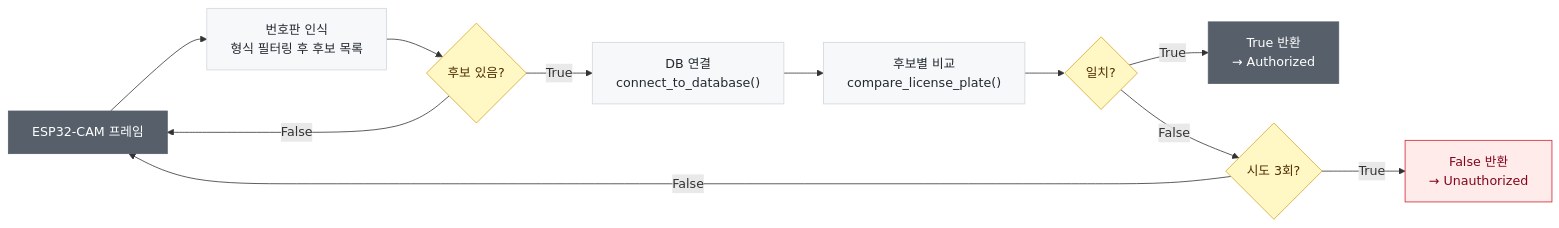
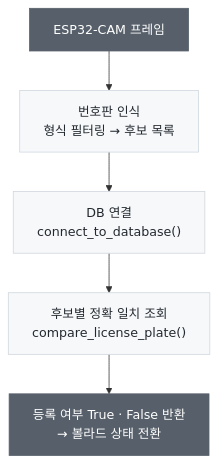
Before and after one commit to YOOBIN-AN/smart-bollard: the second of 4 diagrams in license-plate-database/README.md, drawn with Mermaid. The commit also changed other lines of this file and 14 other files, not shown here.

````diff
--- a/license-plate-database/README.md
+++ b/license-plate-database/README.md
@@ -135,19 +111,12 @@
 ```mermaid
-flowchart LR
-    IN["ESP32-CAM 프레임"] --> OCR["번호판 인식<br>형식 필터링 후 후보 목록"] --> CHK{"후보 있음?"}
-    CHK -- False --> IN
-    CHK -- True --> CON["DB 연결<br>connect_to_database()"] --> CMP["후보별 비교<br>compare_license_plate()"] --> M{"일치?"}
-    M -- True --> OK["True 반환<br>→ Authorized"]
-    M -- False --> CNT{"시도 3회?"}
-    CNT -- False --> IN
-    CNT -- True --> NG["False 반환<br>→ Unauthorized"]
+flowchart TD
+    IN["ESP32-CAM 프레임"] --> OCR["번호판 인식<br/>형식 필터링 → 후보 목록"]
+    OCR --> CON["DB 연결<br/>connect_to_database()"]
+    CON --> CMP["후보별 정확 일치 조회<br/>compare_license_plate()"]
+    CMP --> OUT["등록 여부 True · False 반환<br/>→ 볼라드 상태 전환"]
 
     classDef io fill:#57606a,stroke:#57606a,color:#fff
     classDef step fill:#f6f8fa,stroke:#d0d7de,color:#24292f
-    classDef decide fill:#fff8c5,stroke:#d4a72c,color:#4d2d00
-    classDef fail fill:#ffebe9,stroke:#cf222e,color:#82071e
-    class IN,OK io
+    class IN,OUT io
     class OCR,CON,CMP step
-    class CHK,M,CNT decide
-    class NG fail
 ```
````
